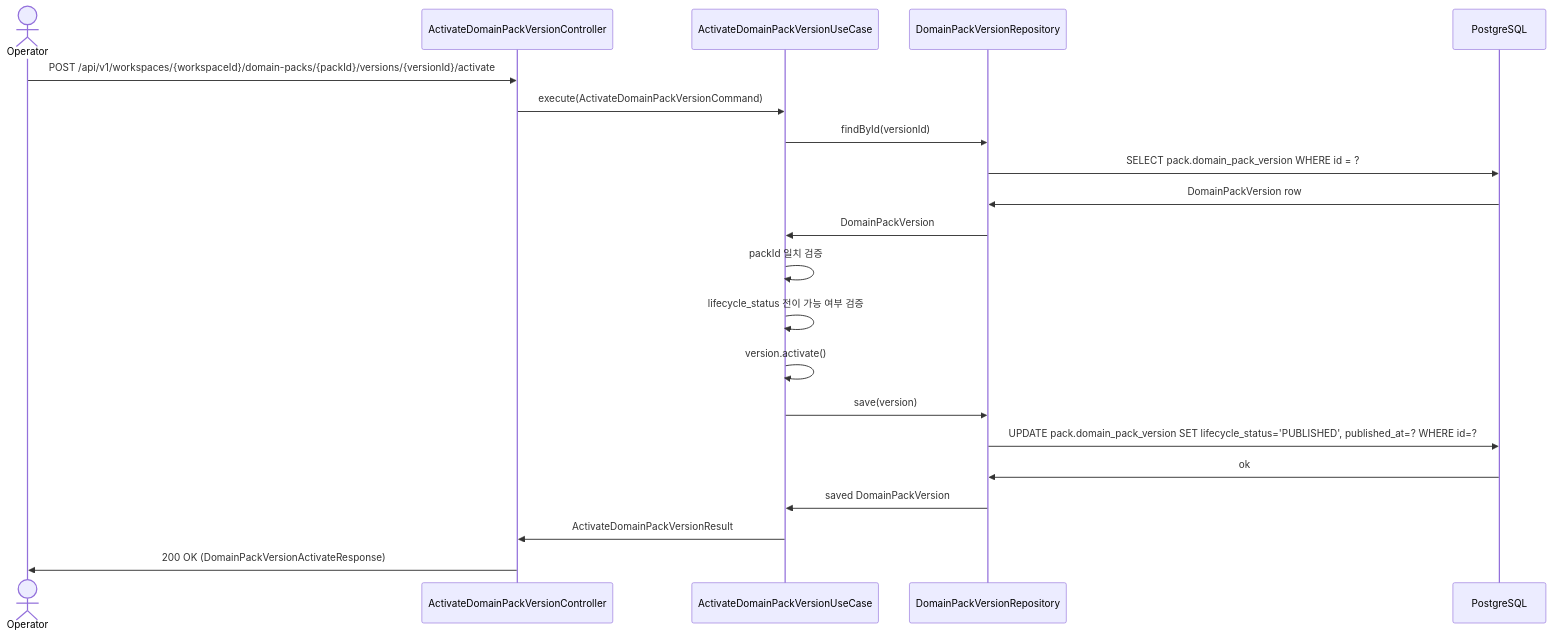
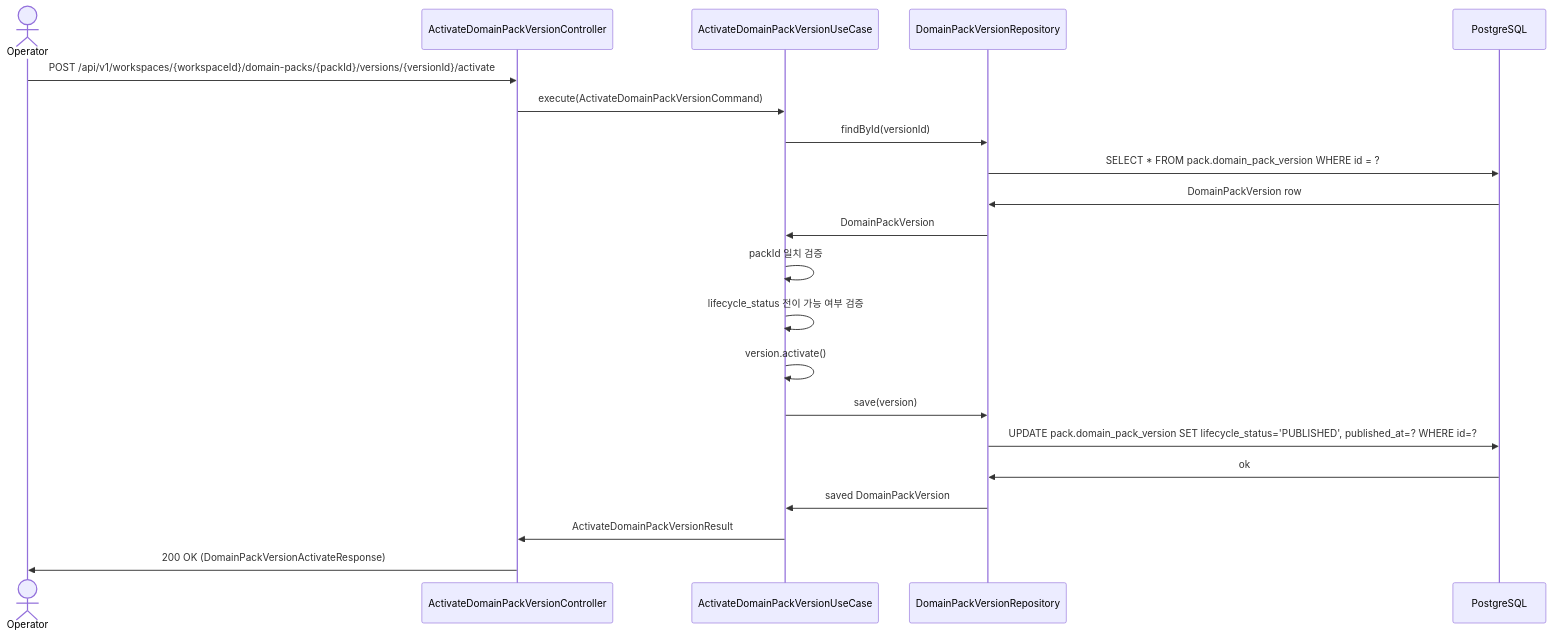
Before and after one commit to ajou-2026-1-capstone-5/ostone: the first of 2 diagrams in .agent/specs/332.md, drawn with Mermaid. The commit also changed other lines of this file, not shown here.

````diff
--- a/.agent/specs/332.md
+++ b/.agent/specs/332.md
@@ -18,24 +18,24 @@
 ```mermaid
 sequenceDiagram
     actor op as Operator
     participant ctrl as ActivateDomainPackVersionController
     participant uc as ActivateDomainPackVersionUseCase
     participant repo as DomainPackVersionRepository
     participant db as PostgreSQL
 
     op ->> ctrl: POST /api/v1/workspaces/{workspaceId}/domain-packs/{packId}/versions/{versionId}/activate
     ctrl ->> uc: execute(ActivateDomainPackVersionCommand)
     uc ->> repo: findById(versionId)
-    repo ->> db: SELECT pack.domain_pack_version WHERE id = ?
+    repo ->> db: SELECT * FROM pack.domain_pack_version WHERE id = ?
     db ->> repo: DomainPackVersion row
     repo ->> uc: DomainPackVersion
     uc ->> uc: packId 일치 검증
     uc ->> uc: lifecycle_status 전이 가능 여부 검증
     uc ->> uc: version.activate()
     uc ->> repo: save(version)
     repo ->> db: UPDATE pack.domain_pack_version SET lifecycle_status='PUBLISHED', published_at=? WHERE id=?
     db ->> repo: ok
     repo ->> uc: saved DomainPackVersion
     uc ->> ctrl: ActivateDomainPackVersionResult
     ctrl ->> op: 200 OK (DomainPackVersionActivateResponse)
 ```
````
